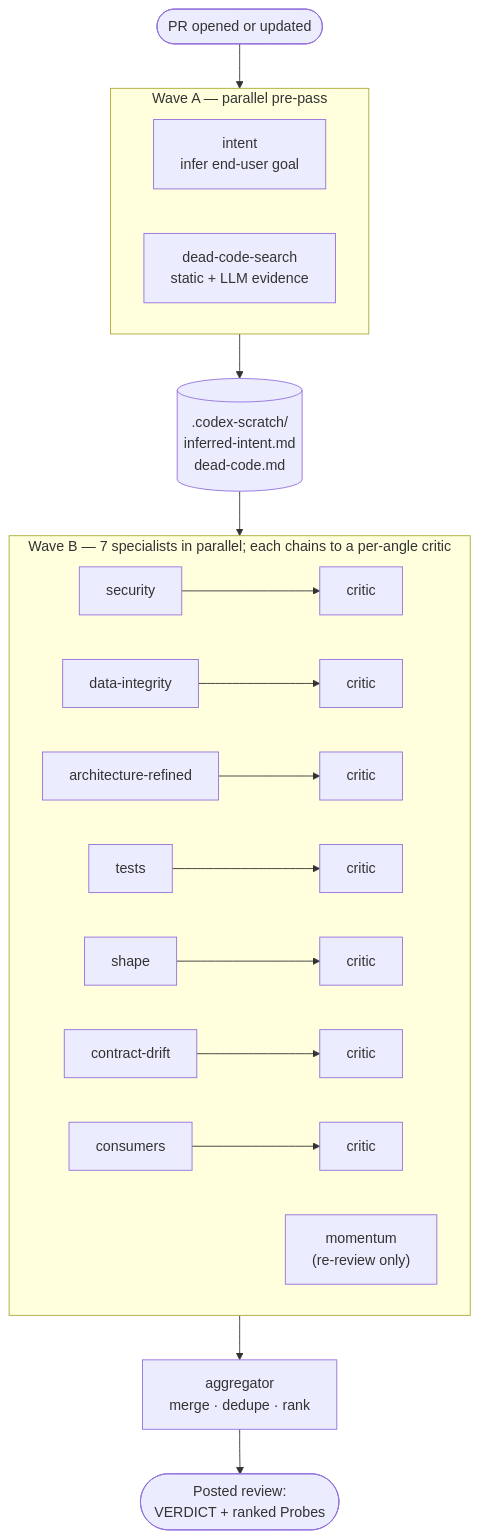
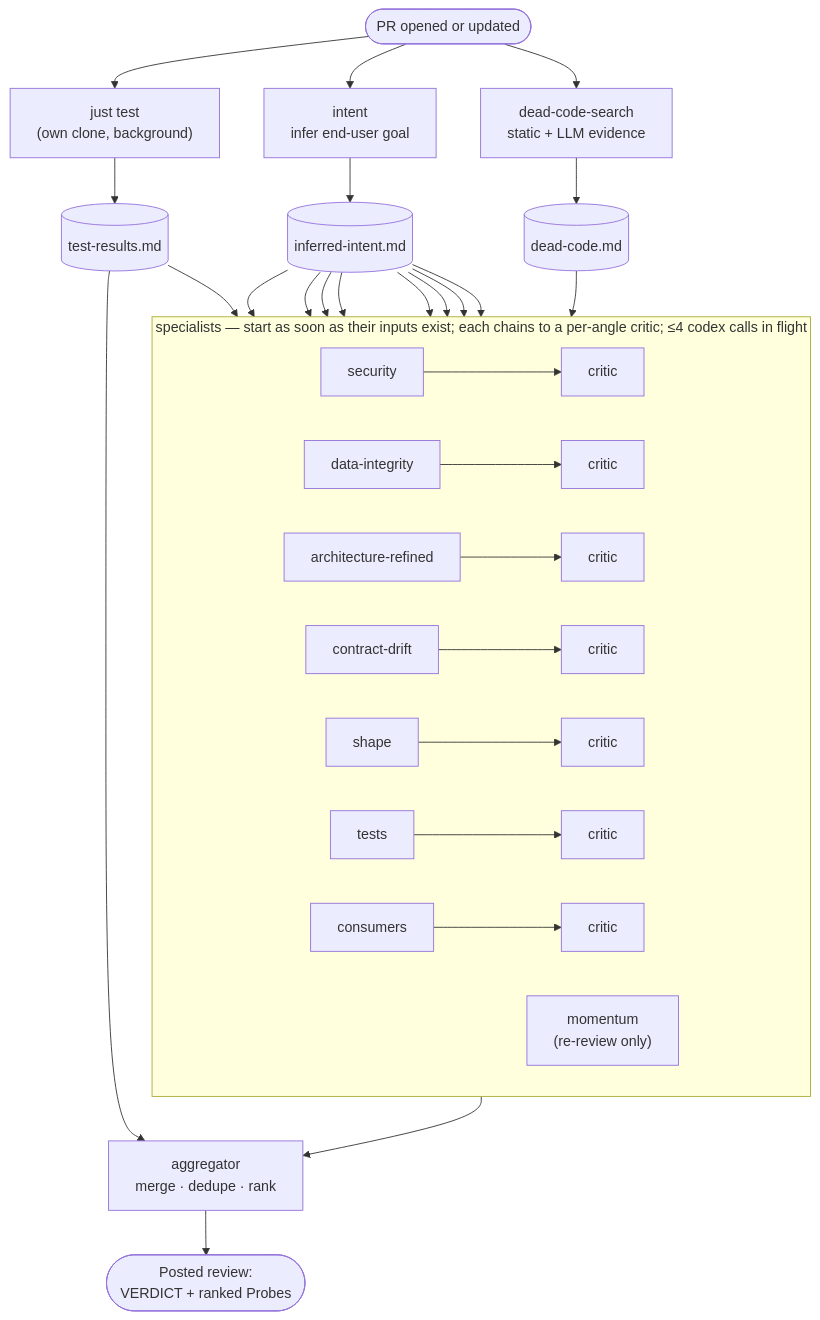
The diagram in README.md (plow-pbc/knightwatch-reviewer), drawn with Mermaid before and after one commit. The commit also changed other lines of this file and 11 other files, not shown here.

First line of the commit message:
Schedule the review pipeline as a DAG; run just test in its own clone, off the critical path (#254)

````diff
--- a/README.md
+++ b/README.md
@@ -34,28 +37,28 @@
 ```mermaid
 flowchart TB
-    PR([PR opened or updated]) --> WA
+    PR([PR opened or updated]) --> jt & intent & dcs
 
-    subgraph WA[Wave A — parallel pre-pass]
-        direction LR
-        intent[intent<br/>infer end-user goal]
-        dcs[dead-code-search<br/>static + LLM evidence]
-    end
+    jt["just test<br/>(own clone, background)"] --> tg[(test-results.md)]
+    intent[intent<br/>infer end-user goal] --> ii[(inferred-intent.md)]
+    dcs[dead-code-search<br/>static + LLM evidence] --> dc[(dead-code.md)]
 
-    WA --> scratch[(.codex-scratch/<br/>inferred-intent.md<br/>dead-code.md)]
-    scratch --> WB
+    ii --> sec & di & archref & cd & shp & tst & cons & mom
+    dc --> cons
+    tg --> tst
 
-    subgraph WB[Wave B — 7 specialists in parallel; each chains to a per-angle critic]
+    subgraph S[specialists — start as soon as their inputs exist; each chains to a per-angle critic; ≤4 codex calls in flight]
         direction LR
         sec[security] --> ksec[critic]
         di[data-integrity] --> kdi[critic]
         archref["architecture-refined"] --> karchref[critic]
+        cd["contract-drift"] --> kcd[critic]
+        shp[shape] --> kshp[critic]
         tst[tests] --> ktst[critic]
-        shp[shape] --> kshp[critic]
-        cd["contract-drift"] --> kcd[critic]
         cons[consumers] --> kcons[critic]
         mom["momentum<br/>(re-review only)"]
     end
 
-    WB --> agg["aggregator<br/>merge · dedupe · rank"]
+    S --> agg["aggregator<br/>merge · dedupe · rank"]
+    tg --> agg
     agg --> out([Posted review:<br/>VERDICT + ranked Probes])
 ```
````
